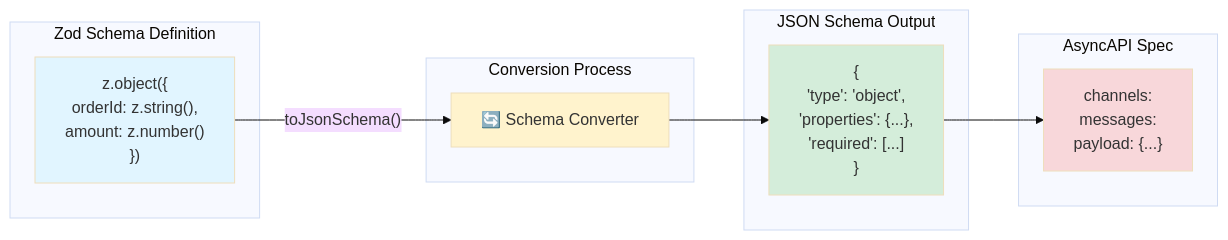
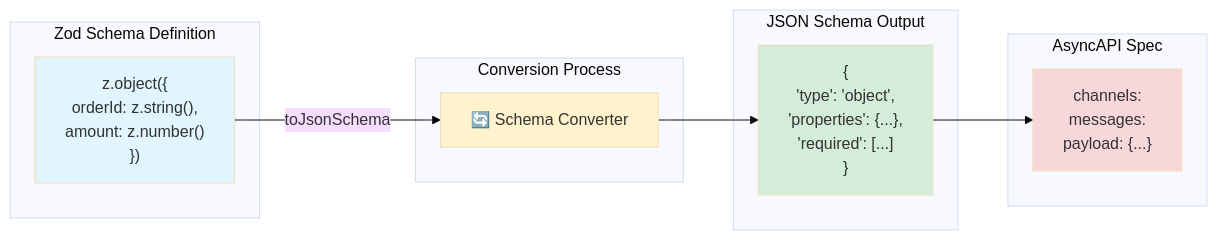
Before and after one commit to btravers/amqp-contract: the second of 3 diagrams in website/docs/examples/asyncapi-generation.md, drawn with Mermaid (base theme). The commit also changed other lines of this file and 1 other file, not shown here.

Commit message:
fix(website): remove parentheses from Mermaid arrow labels to fix parse errors

````diff
--- a/website/docs/examples/asyncapi-generation.md
+++ b/website/docs/examples/asyncapi-generation.md
@@ -328,27 +328,27 @@
 ```mermaid
 flowchart LR
     subgraph "Zod Schema Definition"
         ZodDef["z.object({<br/>orderId: z.string(),<br/>amount: z.number()<br/>})"]
     end
 
     subgraph "Conversion Process"
         Converter["🔄 Schema Converter"]
     end
 
     subgraph "JSON Schema Output"
         JSONSchema["{<br/>'type': 'object',<br/>'properties': {...},<br/>'required': [...]<br/>}"]
     end
 
     subgraph "AsyncAPI Spec"
         AsyncAPI["channels:<br/>messages:<br/>payload: {...}"]
     end
 
-    ZodDef -->|"toJsonSchema()"| Converter
+    ZodDef -->|"toJsonSchema"| Converter
     Converter --> JSONSchema
     JSONSchema --> AsyncAPI
 
     style ZodDef fill:#e1f5ff
     style Converter fill:#fff3cd
     style JSONSchema fill:#d4edda
     style AsyncAPI fill:#f8d7da
 ```
````
